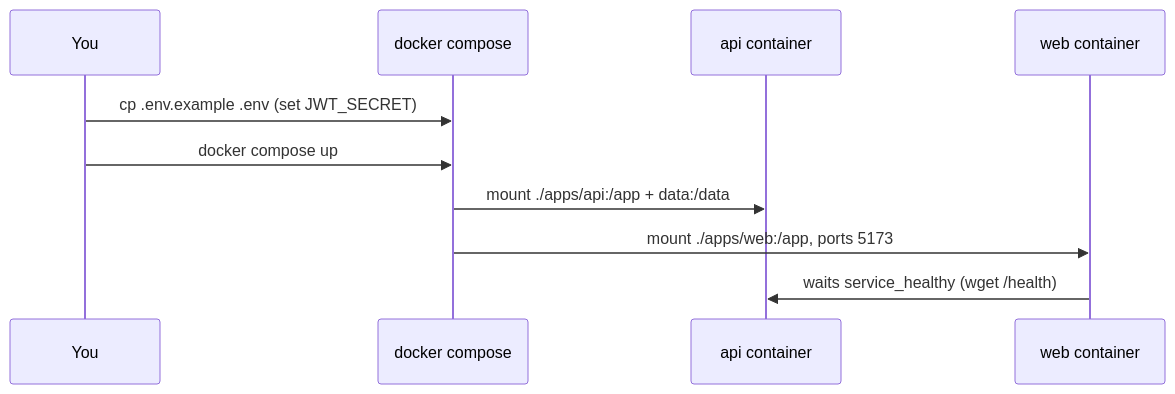
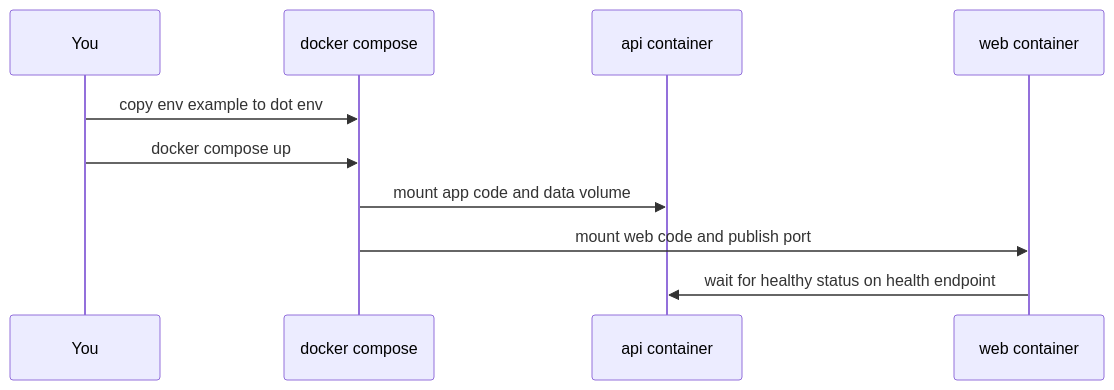
The third of 10 diagrams in docs/PROJECT_LEARNING.md (Bushische/grocery-app), drawn with Mermaid before and after one commit. The commit also changed other lines of this file and 6 other files, not shown here.

````diff
--- a/docs/PROJECT_LEARNING.md
+++ b/docs/PROJECT_LEARNING.md
@@ -139,12 +132,12 @@
 ```mermaid
 sequenceDiagram
   participant Dev as You
   participant Compose as docker compose
   participant API as api container
   participant WEB as web container
-  Dev->>Compose: cp .env.example .env (set JWT_SECRET)
+  Dev->>Compose: copy env example to dot env
   Dev->>Compose: docker compose up
-  Compose->>API: mount ./apps/api:/app + data:/data
-  Compose->>WEB: mount ./apps/web:/app, ports 5173
-  WEB->>API: waits service_healthy (wget /health)
+  Compose->>API: mount app code and data volume
+  Compose->>WEB: mount web code and publish port
+  WEB->>API: wait for healthy status on health endpoint
 ```
````
